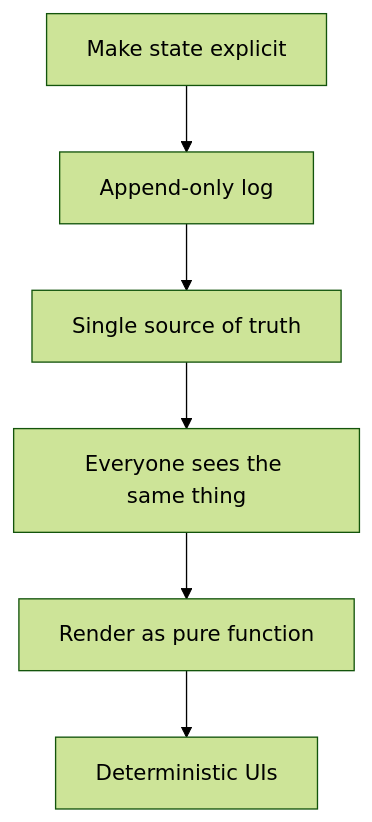
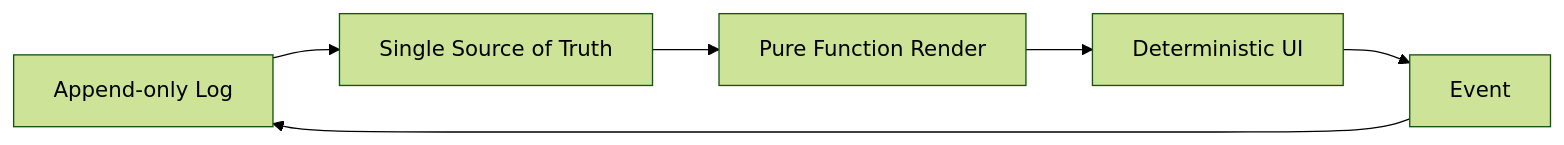
Before and after one commit to Synthetic-Identity-Co/conj-talk-2025: the first of 3 diagrams in conj-essay.md, drawn with Mermaid (forest theme). The commit also changed other lines of this file, not shown here.

````diff
--- a/conj-essay.md
+++ b/conj-essay.md
@@ -61,8 +29,8 @@
 ```mermaid
-graph TD
-    A[Make state explicit] --> B[Append-only log]
-    B --> C[Single source of truth]
-    C --> D[Everyone sees the same thing]
-    D --> E[Render as pure function]
-    E --> F[Deterministic UIs]
+graph LR
+    A[Append-only Log] --> B[Single Source of Truth]
+    B --> C[Pure Function Render]
+    C --> D[Deterministic UI]
+    D --> E[Event]
+    E --> A
 ```
````
